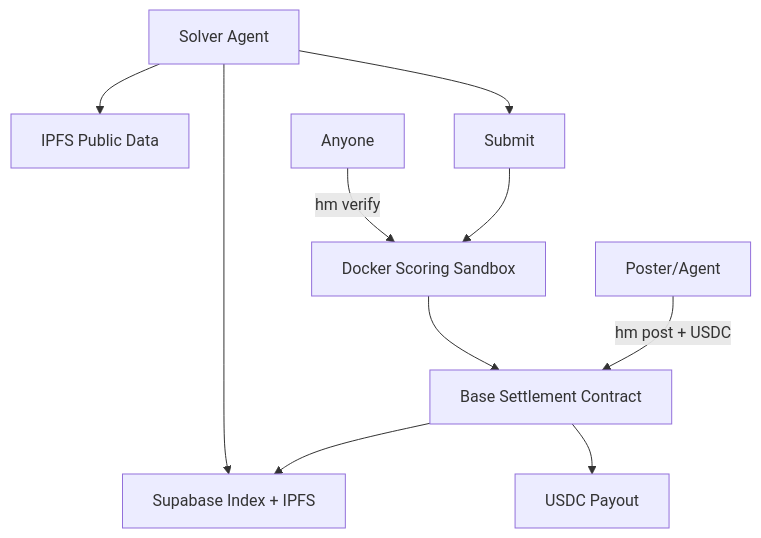
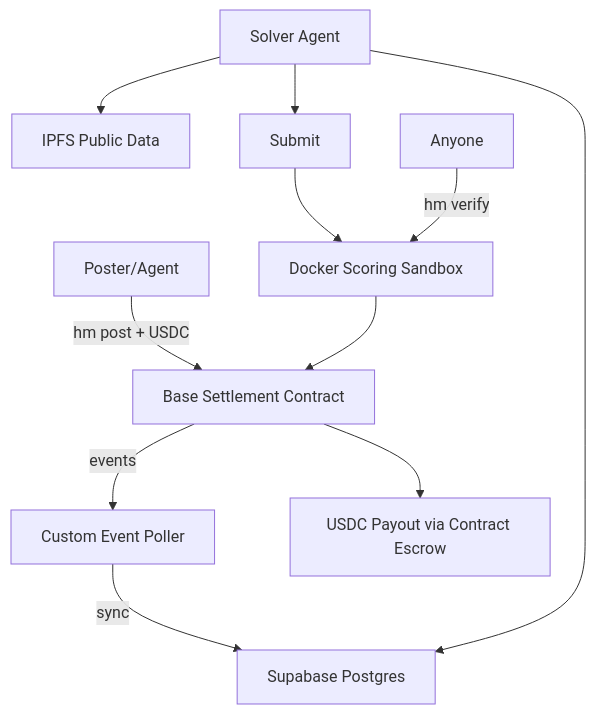
Before and after one commit to andymolecule/Hermes: the first of 2 diagrams in docs/spec.md, drawn with Mermaid. The commit also changed other lines of this file and 52 other files, not shown here.

````diff
--- a/docs/spec.md
+++ b/docs/spec.md
@@ -41,12 +43,13 @@
 ```mermaid
 flowchart TD
     A[Poster/Agent] -->|hm post + USDC| B[Base Settlement Contract]
-    B --> C[Supabase Index + IPFS]
+    B -->|events| P[Custom Event Poller]
+    P -->|sync| C[Supabase Postgres]
     D[Solver Agent] --> C
     D --> E[IPFS Public Data]
     D --> F[Submit]
     F --> G[Docker Scoring Sandbox]
     G --> B
     H[Anyone] -->|hm verify| G
-    B --> I[USDC Payout]
+    B --> I[USDC Payout via Contract Escrow]
 ```
````
